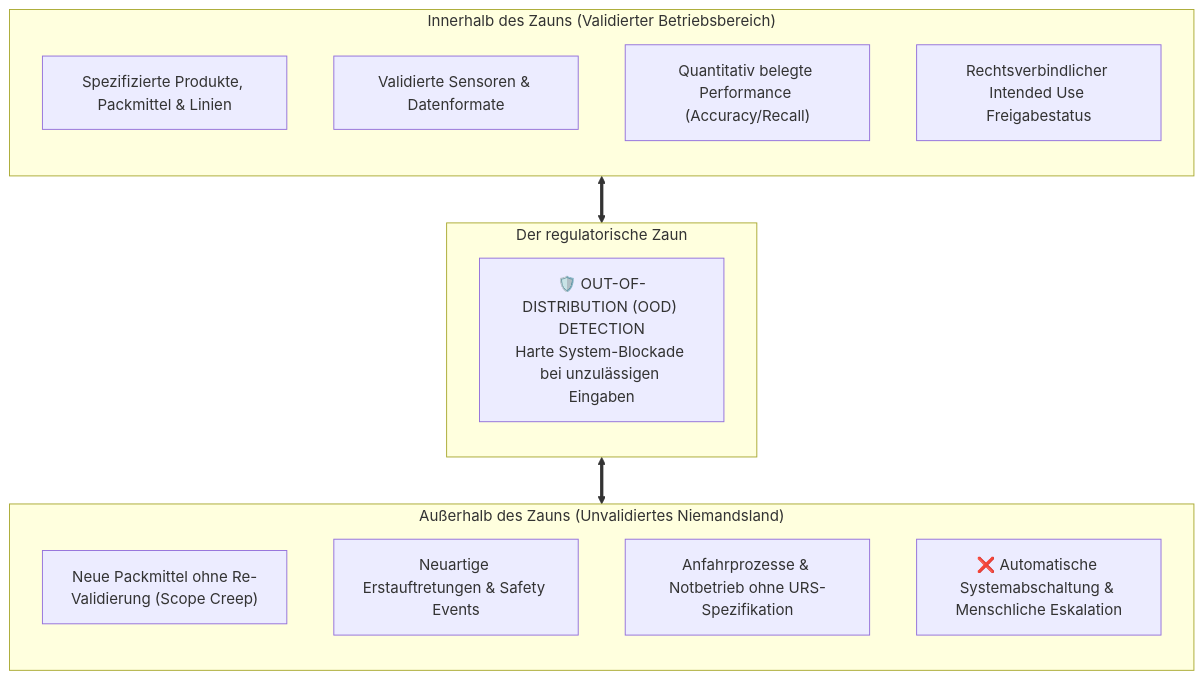
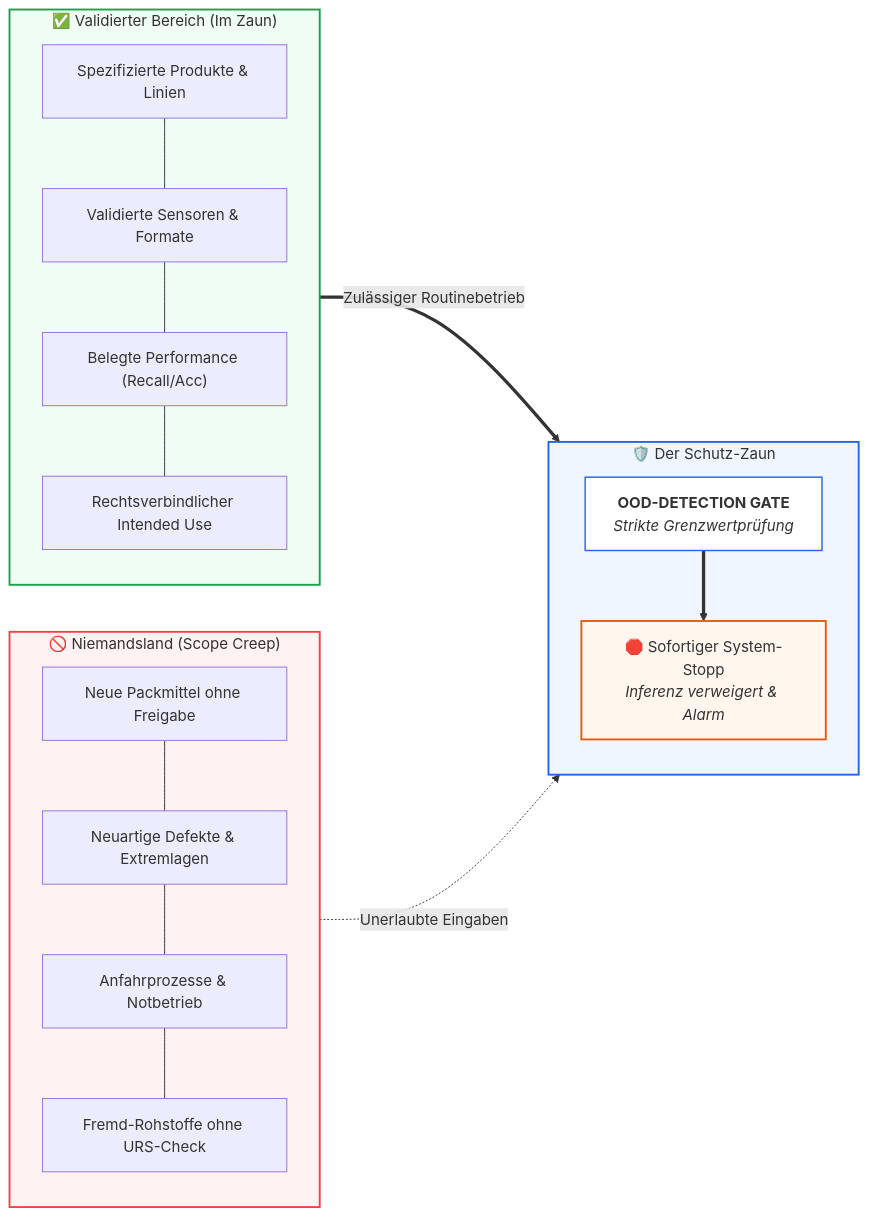
Before and after one commit to Lunaman06/Annex22: the diagram in docs/de/module_05_intended_use_model_definition.md, drawn with Mermaid. The commit also changed 29 other files, not shown here.

Commit message:
style(docs): optimize mermaid diagram aspect ratios, edge flows and legibility across all DE and EN modules

````diff
--- a/docs/de/module_05_intended_use_model_definition.md
+++ b/docs/de/module_05_intended_use_model_definition.md
@@ -13,25 +13,36 @@
 ```mermaid
-graph TD
-    subgraph Inside["Innerhalb des Zauns (Validierter Betriebsbereich)"]
+flowchart LR
+    subgraph Inside["✅ Validierter Bereich (Im Zaun)"]
         direction TB
-        IN1["Spezifizierte Produkte, Packmittel & Linien"]
-        IN2["Validierte Sensoren & Datenformate"]
-        IN3["Quantitativ belegte Performance (Accuracy/Recall)"]
-        IN4["Rechtsverbindlicher Intended Use Freigabestatus"]
+        IN1["Spezifizierte Produkte & Linien"]
+        IN2["Validierte Sensoren & Formate"]
+        IN3["Belegte Performance (Recall/Acc)"]
+        IN4["Rechtsverbindlicher Intended Use"]
+        IN1 --- IN2 --- IN3 --- IN4
     end
 
-    subgraph Fence["Der regulatorische Zaun"]
+    subgraph Defense["🛡️ Der Schutz-Zaun"]
         direction TB
-        FENCE["🛡️ OUT-OF-DISTRIBUTION (OOD) DETECTION<br/>Harte System-Blockade bei unzulässigen Eingaben"]
+        FENCE["<b>OOD-DETECTION GATE</b><br/><i>Strikte Grenzwertprüfung</i>"]
+        ACTION["🛑 Sofortiger System-Stopp<br/><i>Inferenz verweigert & Alarm</i>"]
+        FENCE ==> ACTION
     end
 
-    subgraph Outside["Außerhalb des Zauns (Unvalidiertes Niemandsland)"]
+    subgraph Outside["🚫 Niemandsland (Scope Creep)"]
         direction TB
-        OUT1["Neue Packmittel ohne Re-Validierung (Scope Creep)"]
-        OUT2["Neuartige Erstauftretungen & Safety Events"]
-        OUT3["Anfahrprozesse & Notbetrieb ohne URS-Spezifikation"]
-        OUT4["❌ Automatische Systemabschaltung & Menschliche Eskalation"]
+        OUT1["Neue Packmittel ohne Freigabe"]
+        OUT2["Neuartige Defekte & Extremlagen"]
+        OUT3["Anfahrprozesse & Notbetrieb"]
+        OUT4["Fremd-Rohstoffe ohne URS-Check"]
+        OUT1 --- OUT2 --- OUT3 --- OUT4
     end
 
-    Inside <==> Fence <==> Outside
+    Inside ==>|"Zulässiger Routinebetrieb"| FENCE
+    Outside -.->|"Unerlaubte Eingaben"| FENCE
+
+    style Inside fill:#f0fdf4,stroke:#16a34a,stroke-width:2px
+    style Defense fill:#eff6ff,stroke:#2563eb,stroke-width:2px
+    style Outside fill:#fef2f2,stroke:#ef4444,stroke-width:2px
+    style FENCE fill:#ffffff,stroke:#2563eb,stroke-width:1.5px
+    style ACTION fill:#fff7ed,stroke:#ea580c,stroke-width:2px
 ```
````
